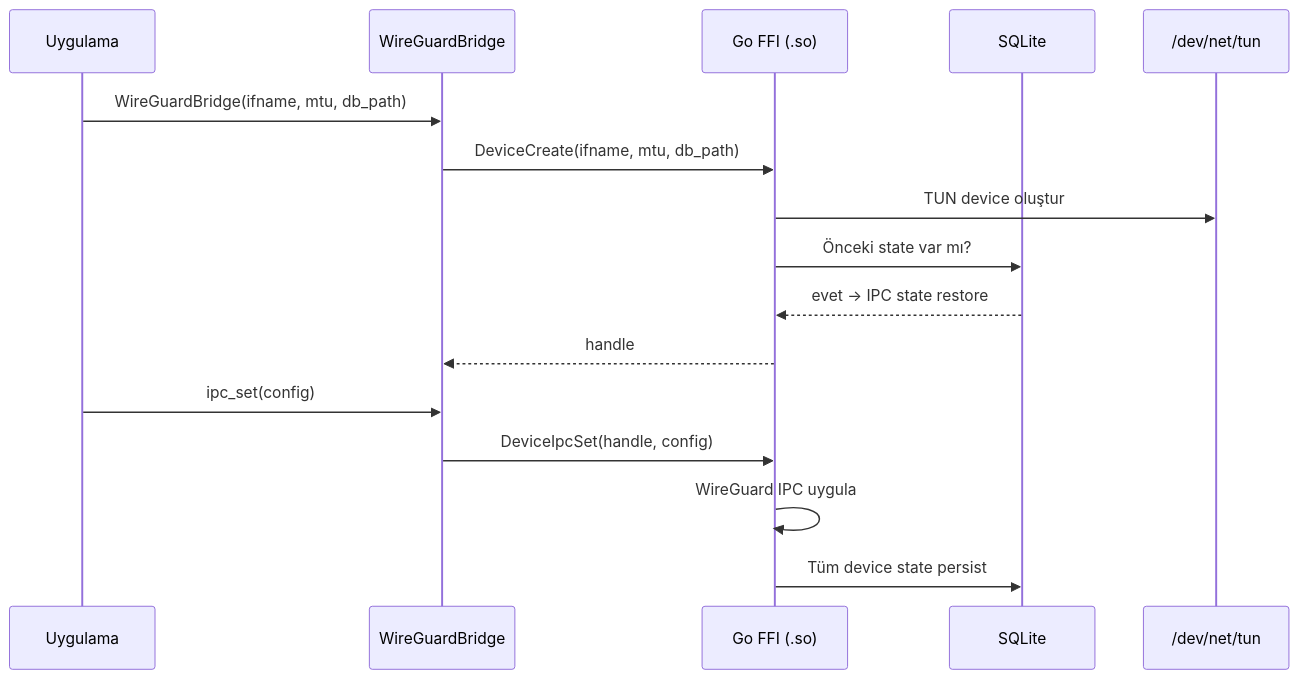
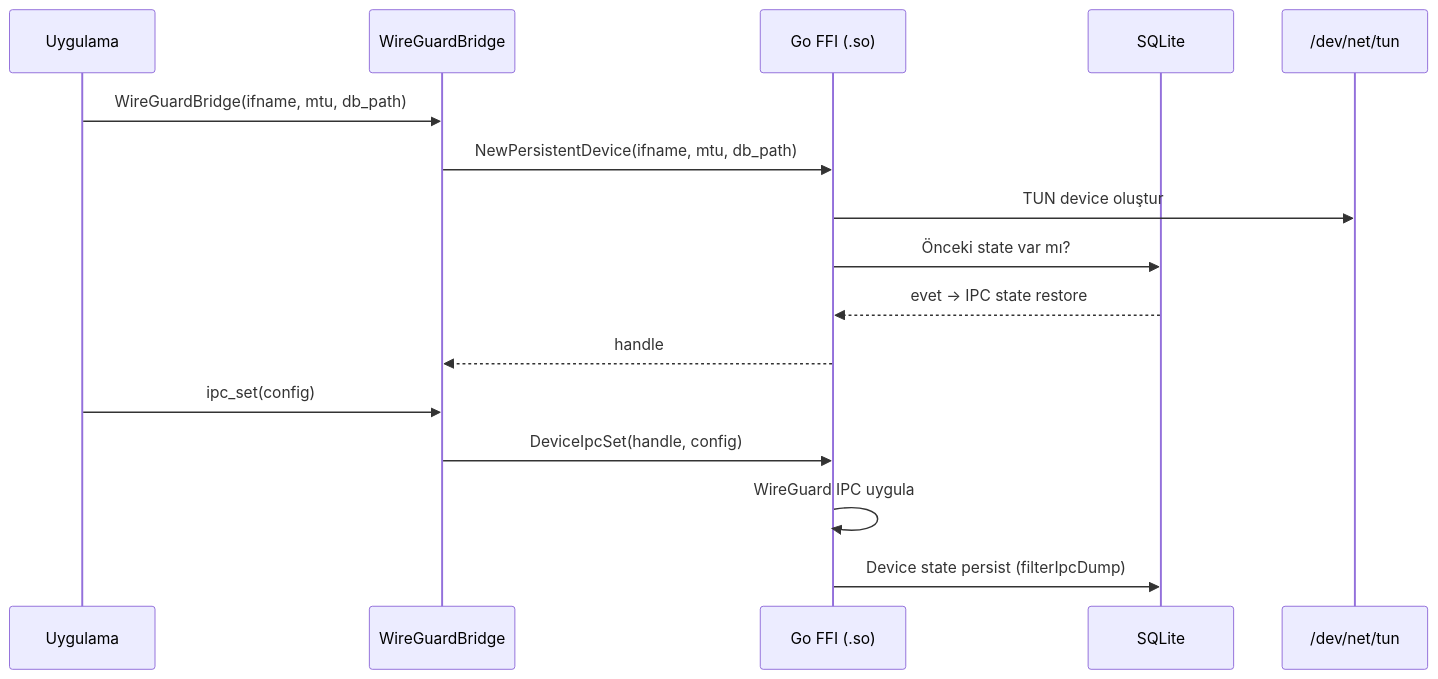
One commit to ARAS-Workspace/phantom-wg changed the second of 3 diagrams in README_TR.md. Above: the diagram before and after it, drawn with Mermaid. The commit also changed other lines of this file and 4 other files, not shown here.

````diff
--- a/README_TR.md
+++ b/README_TR.md
@@ -141,20 +169,20 @@
 ```mermaid
 sequenceDiagram
     participant App as Uygulama
     participant Bridge as WireGuardBridge
     participant Go as Go FFI (.so)
     participant DB as SQLite
     participant TUN as /dev/net/tun
 
     App->>Bridge: WireGuardBridge(ifname, mtu, db_path)
-    Bridge->>Go: DeviceCreate(ifname, mtu, db_path)
+    Bridge->>Go: NewPersistentDevice(ifname, mtu, db_path)
     Go->>TUN: TUN device oluştur
     Go->>DB: Önceki state var mı?
     DB-->>Go: evet → IPC state restore
     Go-->>Bridge: handle
 
     App->>Bridge: ipc_set(config)
     Bridge->>Go: DeviceIpcSet(handle, config)
     Go->>Go: WireGuard IPC uygula
-    Go->>DB: Tüm device state persist
+    Go->>DB: Device state persist (filterIpcDump)
 ```
````
